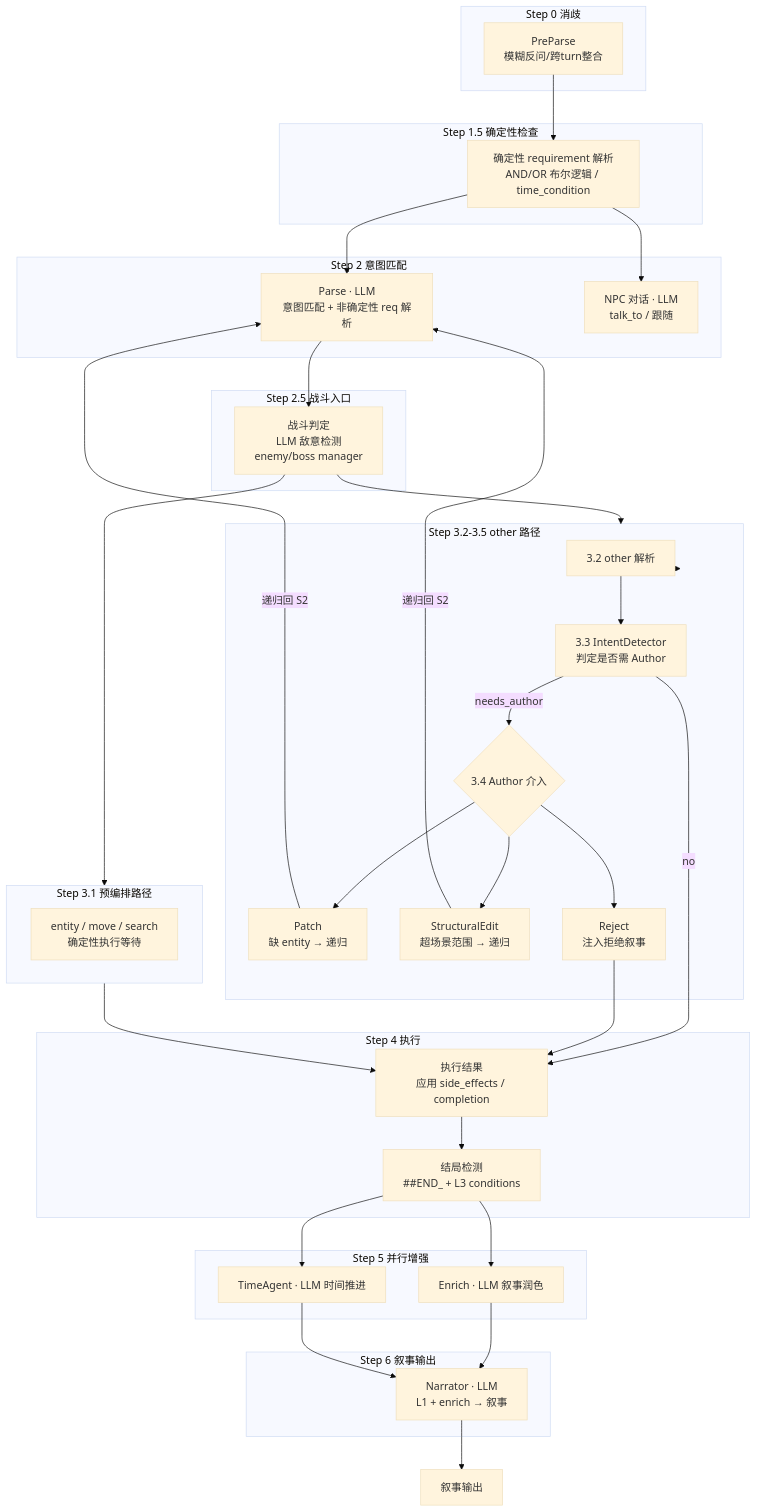
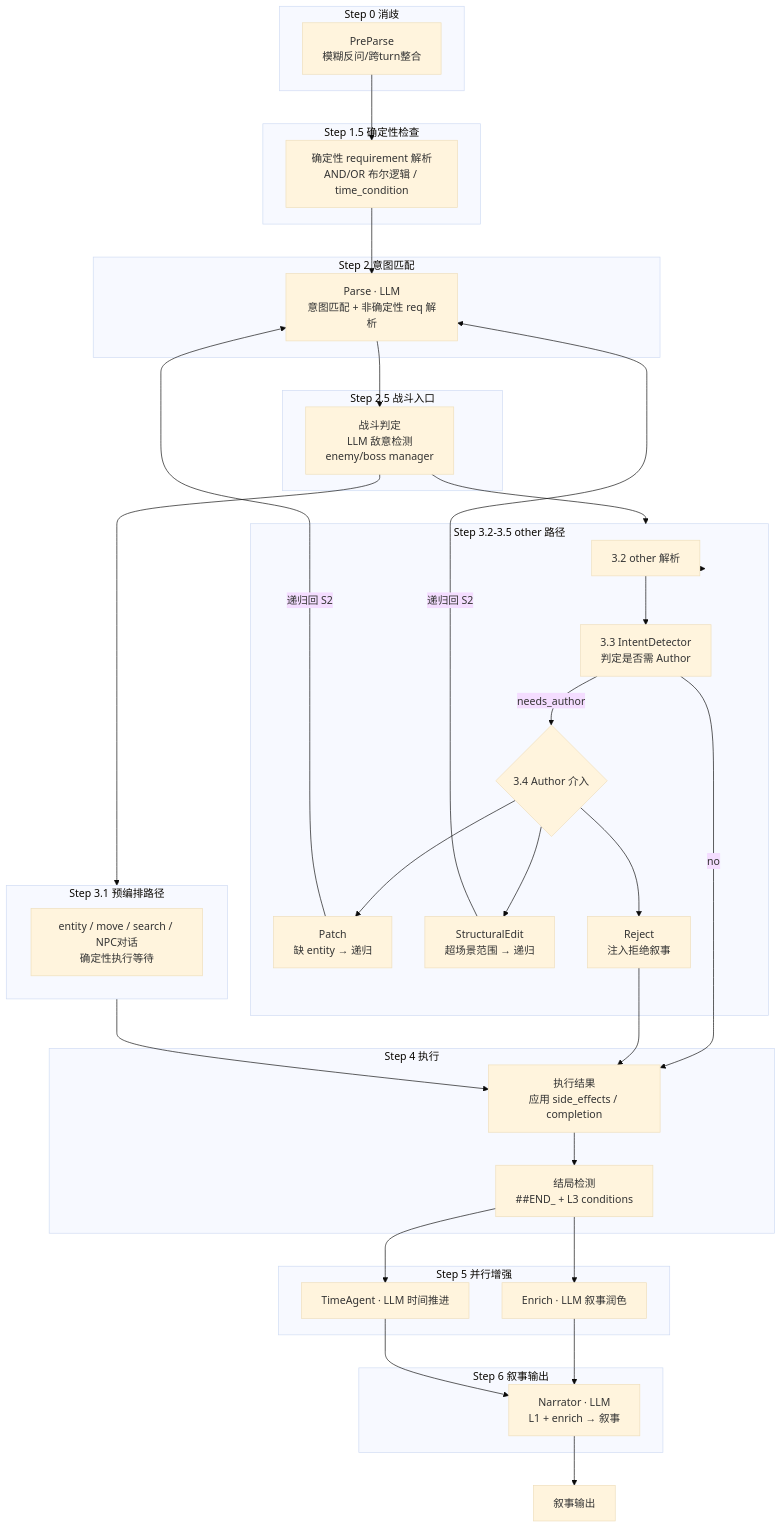
Before and after one commit to Yuxuan1609/TRPG_Simulator_Showcase: the third of 3 diagrams in readme.md, drawn with Mermaid (base theme).

````diff
--- a/readme.md
+++ b/readme.md
@@ -185,70 +185,68 @@
 ```mermaid
 flowchart TB
     subgraph S0[Step 0 消歧]
         Pre[PreParse<br/>模糊反问/跨turn整合]
     end
 
     subgraph S15[Step 1.5 确定性检查]
         DetReq[确定性 requirement 解析<br/>AND/OR 布尔逻辑 / time_condition]
     end
 
     subgraph S2[Step 2 意图匹配]
         Parse[Parse · LLM<br/>意图匹配 + 非确定性 req 解析]
-        NPC[NPC 对话 · LLM<br/>talk_to / 跟随]
     end
 
     subgraph S25[Step 2.5 战斗入口]
         Combat[战斗判定<br/>LLM 敌意检测<br/>enemy/boss manager]
     end
 
     subgraph S31[Step 3.1 预编排路径]
-        Entity[entity / move / search<br/>确定性执行等待]
+        Entity[entity / move / search / NPC对话<br/>确定性执行等待]
     end
 
     subgraph S32[Step 3.2-3.5 other 路径]
         Other[3.2 other 解析]
         ID[3.3 IntentDetector<br/>判定是否需 Author]
         Author{3.4 Author 介入}
         Patch[Patch<br/>缺 entity → 递归]
         Structural[StructuralEdit<br/>超场景范围 → 递归]
         Reject[Reject<br/>注入拒绝叙事]
     end
 
     subgraph S4[Step 4 执行]
         Exec[执行结果<br/>应用 side_effects / completion]
         Ending[结局检测<br/>##END_ + L3 conditions]
     end
 
     subgraph S5[Step 5 并行增强]
         Enrich[Enrich · LLM 叙事润色]
         Time[TimeAgent · LLM 时间推进]
     end
 
     subgraph S6[Step 6 叙事输出]
         Narrator[Narrator · LLM<br/>L1 + enrich → 叙事]
     end
 
     Pre --> DetReq
     DetReq --> Parse
-    DetReq --> NPC
     Parse --> Combat
     Combat --> S31 & S32
 
     S31 --> Exec
 
     S32 --> Other --> ID
     ID -->|needs_author| Author
     ID -->|no| Exec
     Author --> Patch
     Author --> Structural
     Author --> Reject
     Patch -->|递归回 S2| Parse
     Structural -->|递归回 S2| Parse
     Reject --> Exec
 
     Exec --> Ending
     Ending --> Enrich
     Ending --> Time
     Enrich & Time --> Narrator
     Narrator --> Out[叙事输出]
 ```
````
